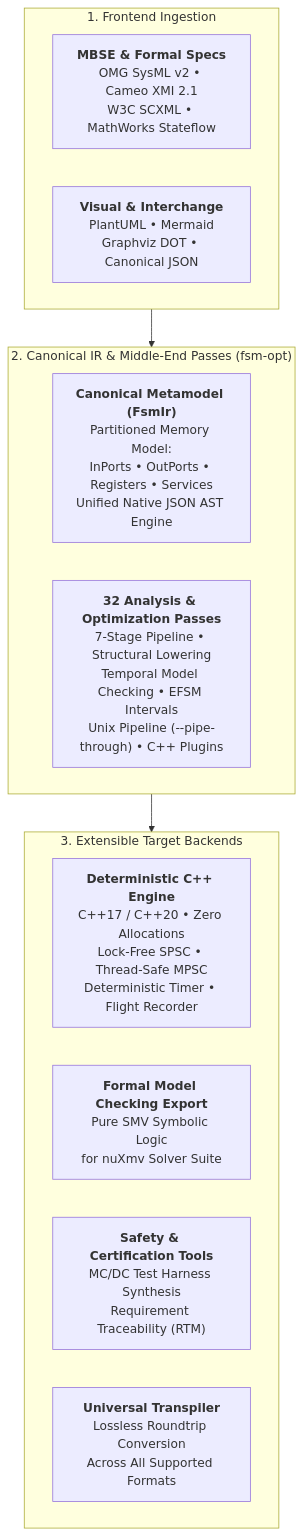
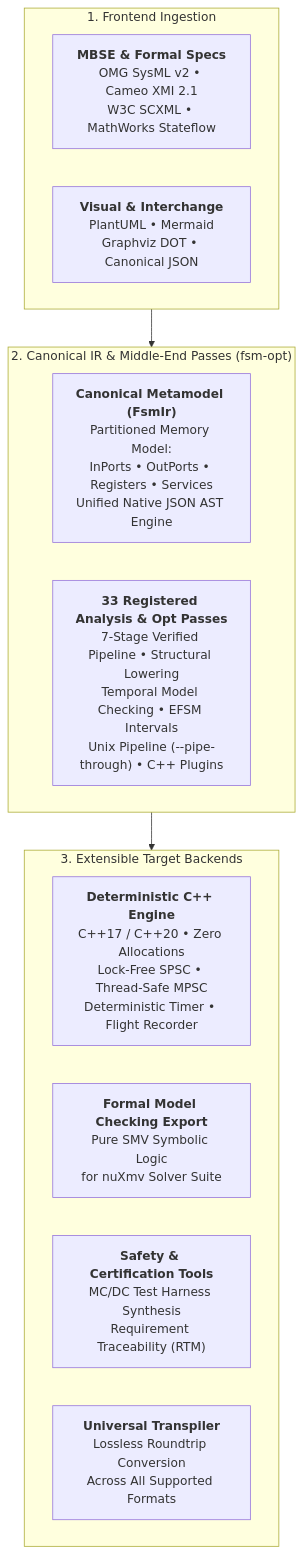
One commit to simoneCavalleri/fsmc changed the diagram in README.md. Above: the diagram before and after it, drawn with Mermaid. The commit also changed other lines of this file and 15 other files, not shown here.

````diff
--- a/README.md
+++ b/README.md
@@ -29,22 +29,22 @@
 ```mermaid
 flowchart TD
     subgraph Ingestion["1. Frontend Ingestion"]
         SysML["<b>MBSE & Formal Specs</b><br/>OMG SysML v2 • Cameo XMI 2.1<br/>W3C SCXML • MathWorks Stateflow"]
         Diagrams["<b>Visual & Interchange</b><br/>PlantUML • Mermaid<br/>Graphviz DOT • Canonical JSON"]
     end
 
     subgraph Compiler["2. Canonical IR & Middle-End Passes (fsm-opt)"]
         IR["<b>Canonical Metamodel (FsmIr)</b><br/>Partitioned Memory Model:<br/>InPorts • OutPorts • Registers • Services<br/>Unified Native JSON AST Engine"]
-        Passes["<b>32 Analysis & Optimization Passes</b><br/>7-Stage Pipeline • Structural Lowering<br/>Temporal Model Checking • EFSM Intervals<br/>Unix Pipeline (--pipe-through) • C++ Plugins"]
+        Passes["<b>33 Registered Analysis & Opt Passes</b><br/>7-Stage Verified Pipeline • Structural Lowering<br/>Temporal Model Checking • EFSM Intervals<br/>Unix Pipeline (--pipe-through) • C++ Plugins"]
     end
 
     subgraph Targets["3. Extensible Target Backends"]
         CPP["<b>Deterministic C++ Engine</b><br/>C++17 / C++20 • Zero Allocations<br/>Lock-Free SPSC • Thread-Safe MPSC<br/>Deterministic Timer • Flight Recorder"]
         SMV["<b>Formal Model Checking Export</b><br/>Pure SMV Symbolic Logic<br/>for nuXmv Solver Suite"]
         Safety["<b>Safety & Certification Tools</b><br/>MC/DC Test Harness Synthesis<br/>Requirement Traceability (RTM)"]
         Transpile["<b>Universal Transpiler</b><br/>Lossless Roundtrip Conversion<br/>Across All Supported Formats"]
     end
 
     Ingestion --> Compiler
     Compiler --> Targets
 ```
````
